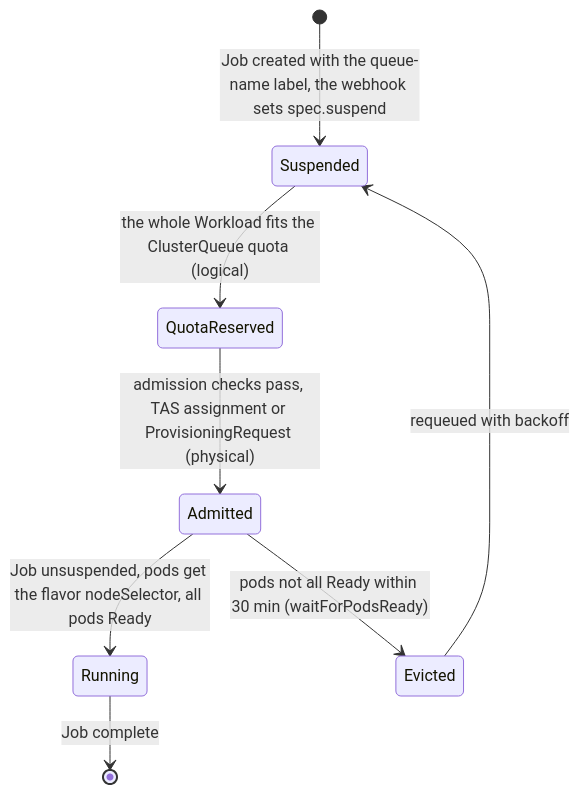
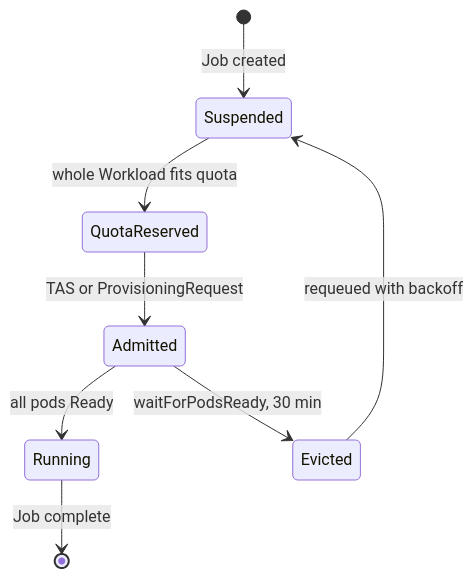
The second of 3 diagrams in 03-kubernetes-gpu/gpu-scheduling/PRIMER.md (aniryou/full-stack-agentic-engineer), drawn with Mermaid before and after one commit. The commit also changed other lines of this file and 633 other files, not shown here.

First line of the commit message:
Accessible language and one-screen figures, part 1: every figure fits a screen, the STE second pass over the layers (#53)

````diff
--- a/03-kubernetes-gpu/gpu-scheduling/PRIMER.md
+++ b/03-kubernetes-gpu/gpu-scheduling/PRIMER.md
@@ -469,10 +469,10 @@
 ```mermaid
 stateDiagram-v2
-    [*] --> Suspended: Job created with the queue-name label, the webhook sets spec.suspend
-    Suspended --> QuotaReserved: the whole Workload fits the ClusterQueue quota (logical)
-    QuotaReserved --> Admitted: admission checks pass, TAS assignment or ProvisioningRequest (physical)
-    Admitted --> Running: Job unsuspended, pods get the flavor nodeSelector, all pods Ready
-    Admitted --> Evicted: pods not all Ready within 30 min (waitForPodsReady)
+    [*] --> Suspended: Job created
+    Suspended --> QuotaReserved: whole Workload fits quota
+    QuotaReserved --> Admitted: TAS or ProvisioningRequest
+    Admitted --> Running: all pods Ready
+    Admitted --> Evicted: waitForPodsReady, 30 min
     Evicted --> Suspended: requeued with backoff
     Running --> [*]: Job complete
 ```
````
